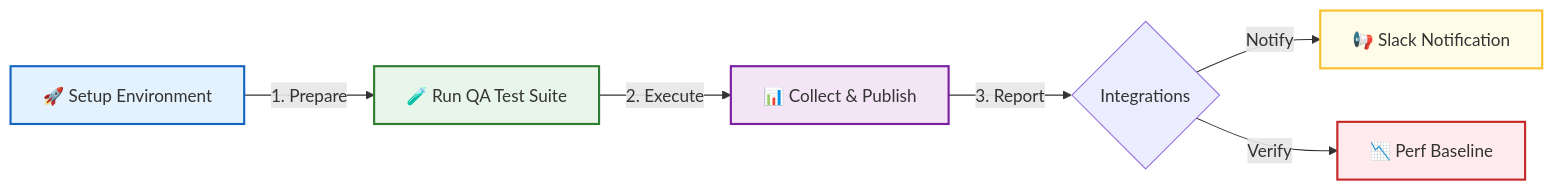
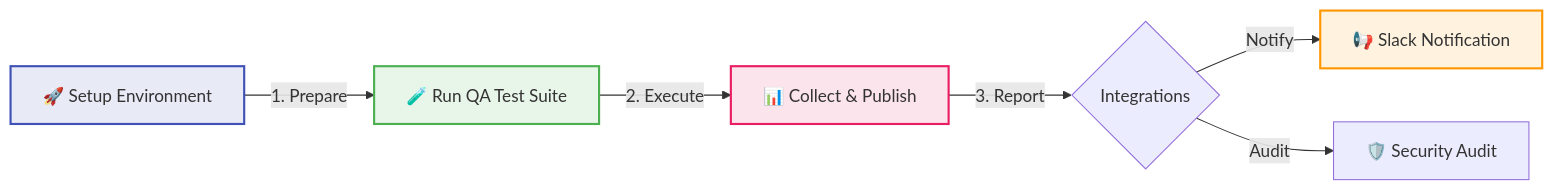
One commit to carlos-camara/qa-hub-actions changed the diagram in README.md. Above: the diagram before and after it, drawn with Mermaid. The commit also changed other lines of this file and 17 other files, not shown here.

````diff
--- a/README.md
+++ b/README.md
@@ -27,14 +27,13 @@
 ```mermaid
 graph LR
     A["🚀 Setup Environment"] -- 1. Prepare --> B["🧪 Run QA Test Suite"]
     B -- 2. Execute --> C["📊 Collect & Publish"]
     C -- 3. Report --> D{"Integrations"}
     D -- Notify --> E["📢 Slack Notification"]
-    D -- Verify --> F["📉 Perf Baseline"]
+    D -- Audit --> F["🛡️ Security Audit"]
     
-    style A fill:#e3f2fd,stroke:#1565c0,stroke-width:2px
-    style B fill:#e8f5e9,stroke:#2e7d32,stroke-width:2px
-    style C fill:#f3e5f5,stroke:#7b1fa2,stroke-width:2px
-    style E fill:#fffde7,stroke:#fbc02d,stroke-width:2px
-    style F fill:#ffebee,stroke:#c62828,stroke-width:2px
+    style A fill:#e8eaf6,stroke:#3f51b5,stroke-width:2px
+    style B fill:#e8f5e9,stroke:#4caf50,stroke-width:2px
+    style C fill:#fce4ec,stroke:#e91e63,stroke-width:2px
+    style E fill:#fff3e0,stroke:#ff9800,stroke-width:2px
 ```
````
